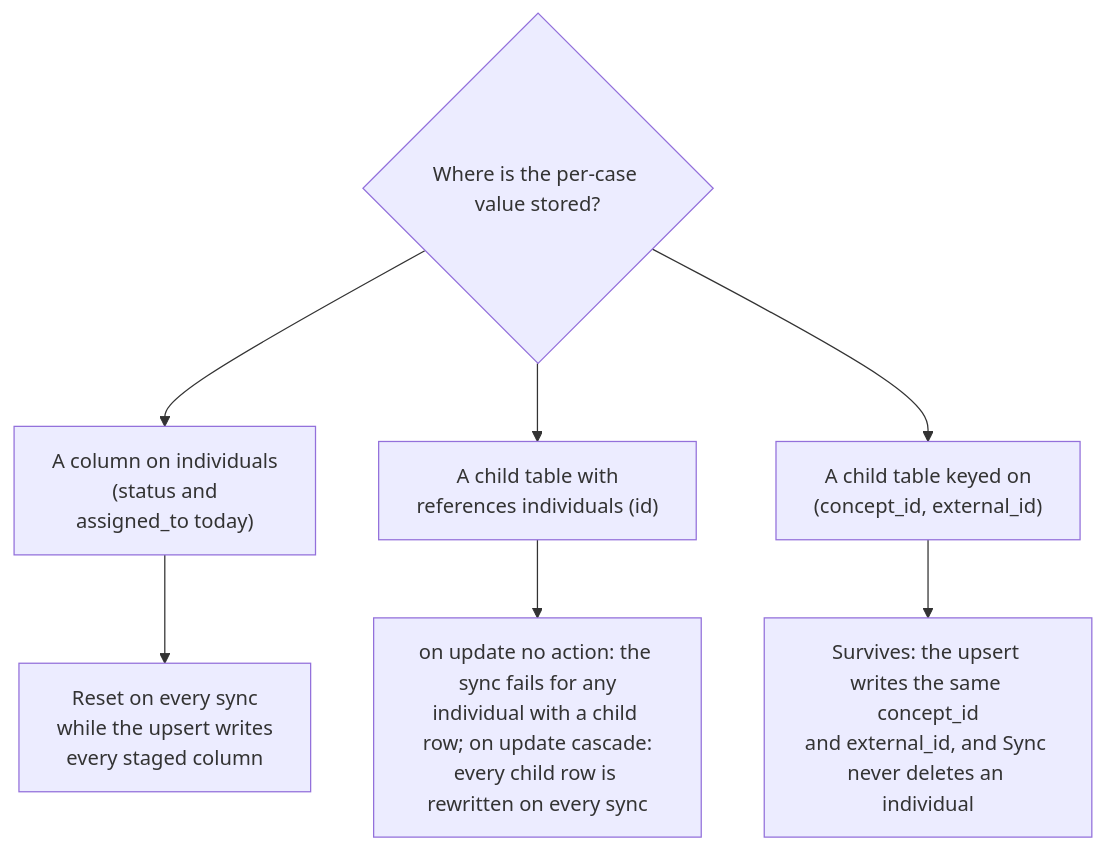
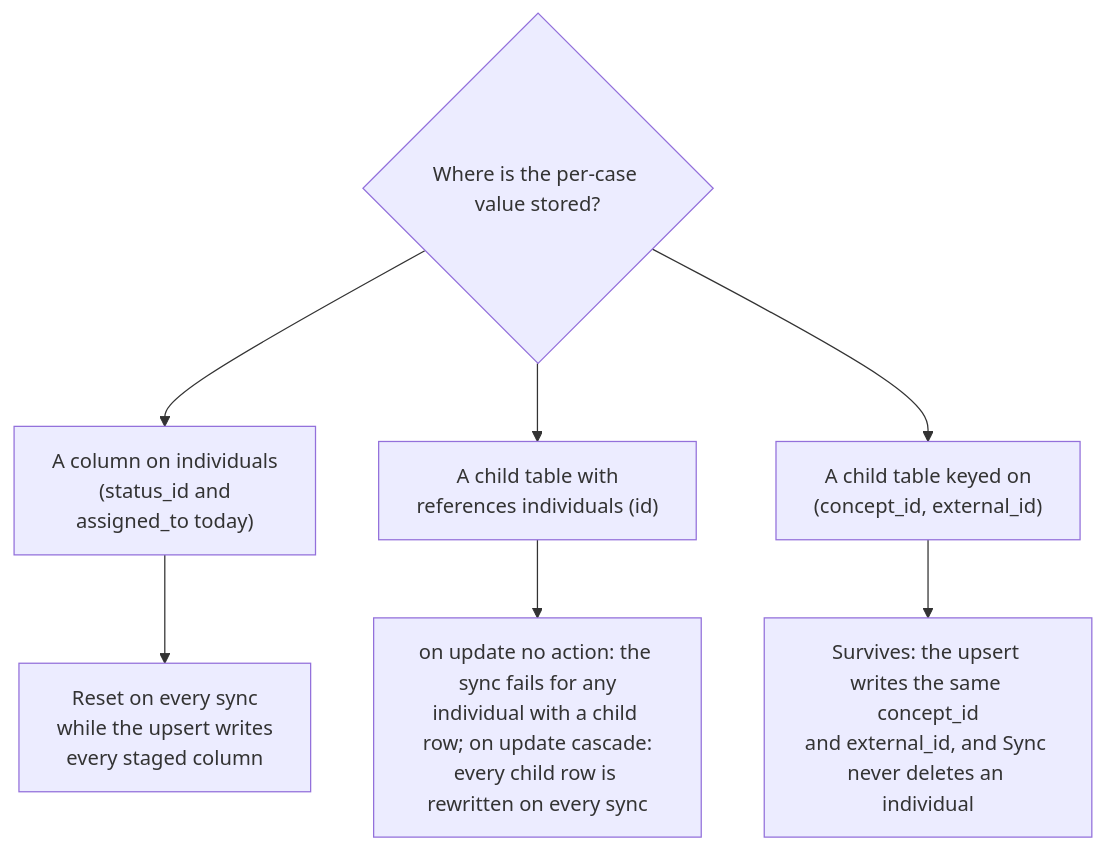
The tenth of 10 diagrams in docs/ontology-architecture.md (AvandarLabs/avandar), drawn with Mermaid before and after one commit. The commit also changed other lines of this file and 5031 other files, not shown here.

````diff
--- a/docs/ontology-architecture.md
+++ b/docs/ontology-architecture.md
@@ -680,13 +1043,13 @@
 ```mermaid
 flowchart TD
   Q{"Where is the per-case value stored?"}
-  A["A column on individuals<br/>(status and<br/>assigned_to today)"]
+  A["A column on individuals<br/>(status_id and<br/>assigned_to today)"]
   B["A child table with<br/>references individuals (id)"]
   C["A child table keyed on<br/>(concept_id, external_id)"]
   A1["Reset on every sync<br/>while the upsert writes<br/>every staged column"]
   B1["on update no action: the sync fails for any<br/>individual with a child row; on update cascade:<br/>every child row is rewritten on every sync"]
   C1["Survives: the upsert writes the same concept_id<br/>and external_id, and Sync never deletes an individual"]
   Q --> A --> A1
   Q --> B --> B1
   Q --> C --> C1
 ```
````
